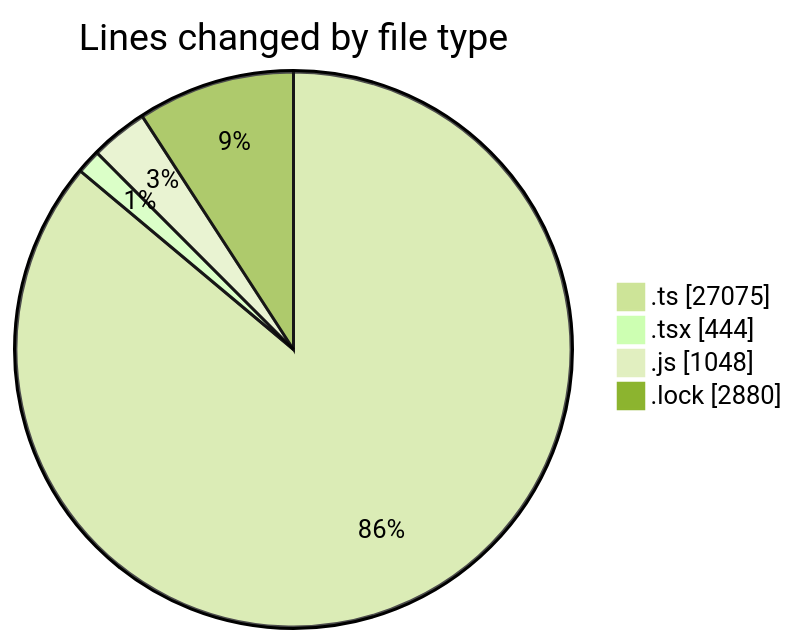
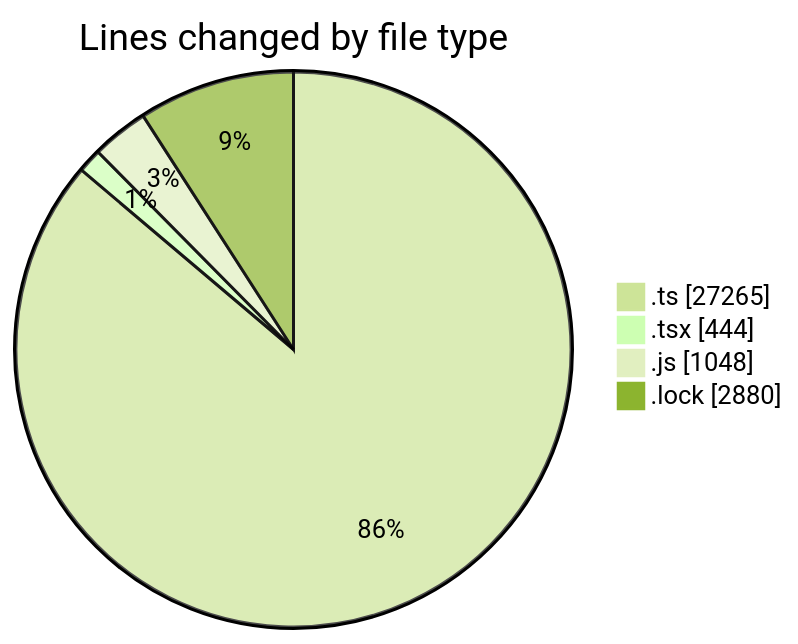
Before and after one commit to momahboobian/code-tracking: the first of 2 diagrams in 2026-09-11/cda/README.md, drawn with Mermaid (forest theme). The commit also changed other lines of this file and 1 other file, not shown here.

````diff
--- a/2026-09-11/cda/README.md
+++ b/2026-09-11/cda/README.md
@@ -38,8 +38,8 @@
 ```mermaid
 pie showData
 title Lines changed by file type
-".ts" : 27075
+".ts" : 27265
 ".tsx" : 444
 ".js" : 1048
 ".lock" : 2880
 ```
````
